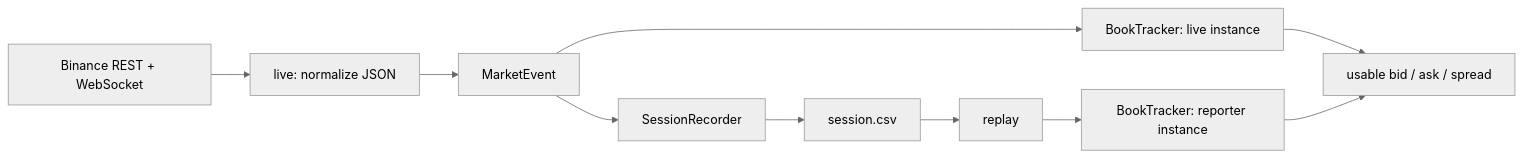
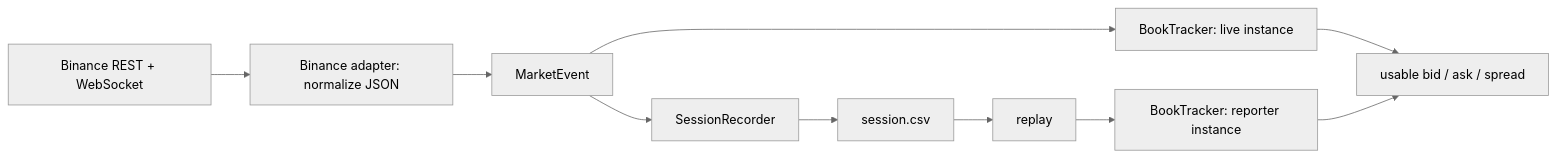
Before and after one commit to Prorok1015/tickforge: the third of 3 diagrams in docs/code-map.md, drawn with Mermaid (neutral theme). The commit also changed other lines of this file and 17 other files, not shown here.

Commit message:
refactor: isolate Binance market data adapter

````diff
--- a/docs/code-map.md
+++ b/docs/code-map.md
@@ -129,12 +140,12 @@
 ```mermaid
 flowchart LR
-    Binance["Binance REST + WebSocket"] --> Decode["live: normalize JSON"]
+    Binance["Binance REST + WebSocket"] --> Decode["Binance adapter: normalize JSON"]
     Decode --> Event["MarketEvent"]
     Event --> Write["SessionRecorder"]
     Write --> File["session.csv"]
     Event --> LiveBook["BookTracker: live instance"]
     File --> Read["replay"]
     Read --> ReplayBook["BookTracker: reporter instance"]
     LiveBook --> Quotes["usable bid / ask / spread"]
     ReplayBook --> Quotes
 ```
````
